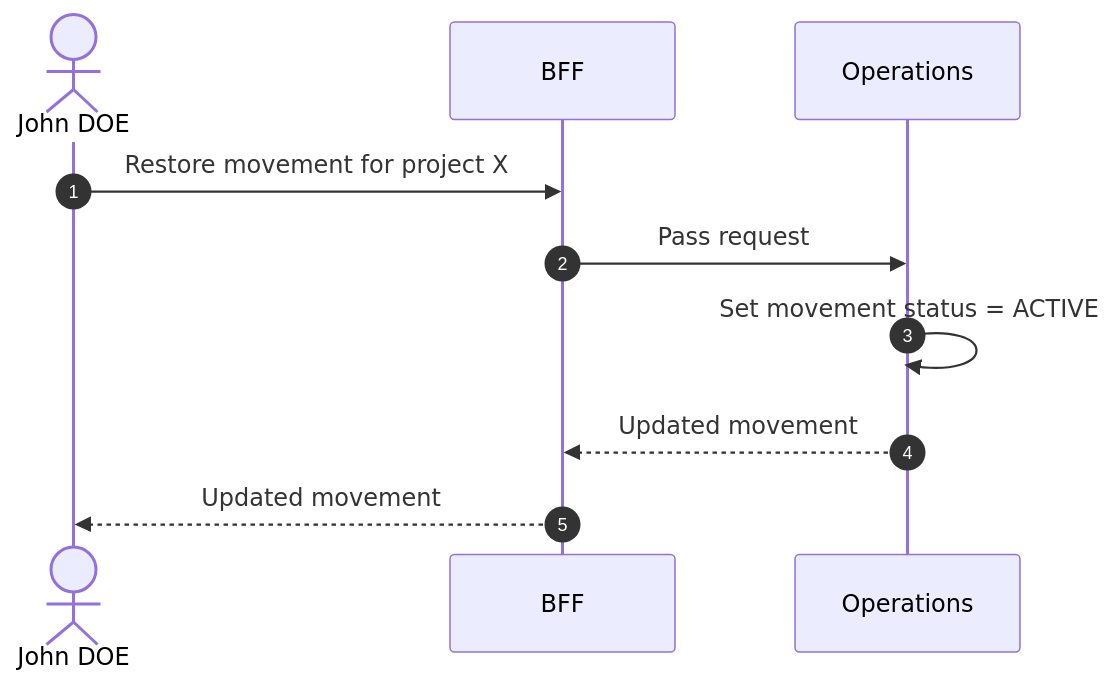
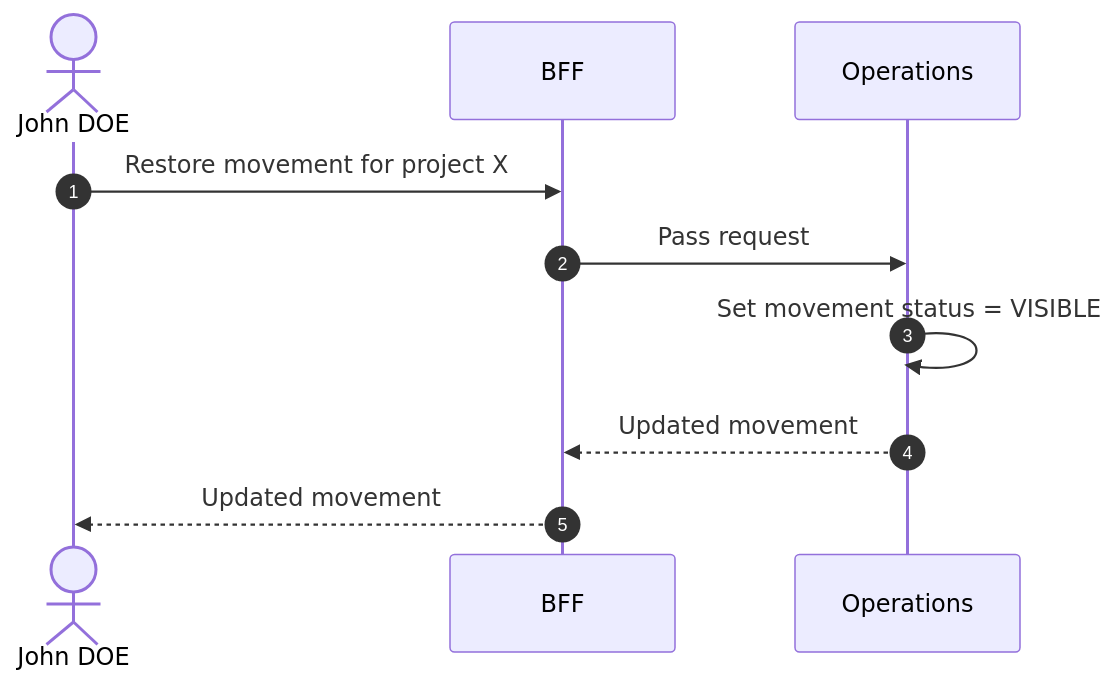
One commit to laucoin/my-project--documentation changed the diagram in functional/features/restore-movement.md. Above: the diagram before and after it, drawn with Mermaid. The commit also changed other lines of this file and 60 other files, not shown here.

````diff
--- a/functional/features/restore-movement.md
+++ b/functional/features/restore-movement.md
@@ -37,10 +37,10 @@
 ```mermaid
 sequenceDiagram
     autonumber
     actor John DOE
     John DOE ->> BFF: Restore movement for project X
     BFF ->> Operations: Pass request
-    Operations ->> Operations: Set movement status = ACTIVE
+    Operations ->> Operations: Set movement status = VISIBLE
     Operations -->> BFF: Updated movement
     BFF -->> John DOE: Updated movement
 ```
````
